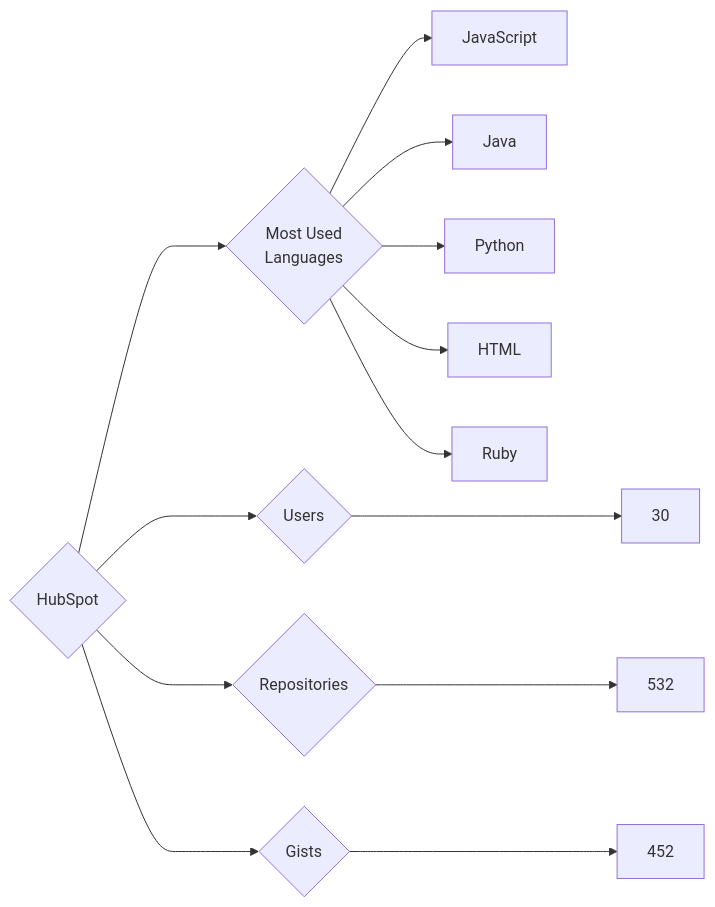
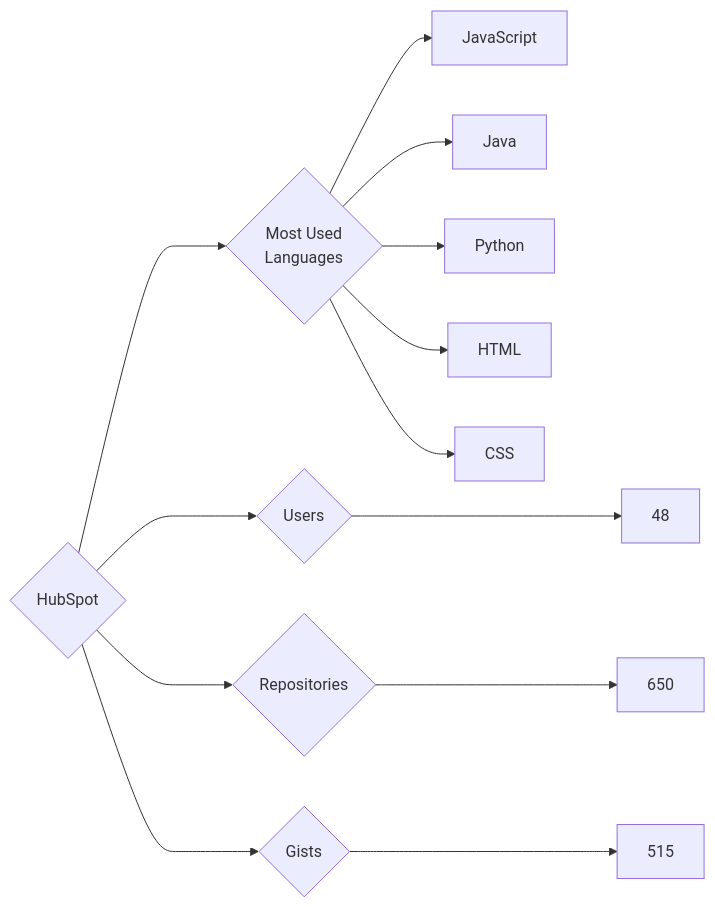
The diagram in targets/HubSpot/README.md (trickest/insiders), drawn with Mermaid before and after one commit. The commit also changed 750 other files, not shown here.

````diff
--- a/targets/HubSpot/README.md
+++ b/targets/HubSpot/README.md
@@ -3,13 +3,13 @@
 ```mermaid
 graph LR
 COMPANY_NAME{HubSpot}
-COMPANY_NAME ---> U{Users} ---> UN[30]
-COMPANY_NAME ---> R{Repositories} ---> RN[532]
-COMPANY_NAME ---> G{Gists} ---> GN[452]
+COMPANY_NAME ---> U{Users} ---> UN[48]
+COMPANY_NAME ---> R{Repositories} ---> RN[650]
+COMPANY_NAME ---> G{Gists} ---> GN[515]
 COMPANY_NAME ---> ML{Most Used<br>Languages}
 ML --> JavaScript[JavaScript]
 ML --> Java[Java]
 ML --> Python[Python]
 ML --> HTML[HTML]
-ML --> Ruby[Ruby]
+ML --> CSS[CSS]
 ```
````
